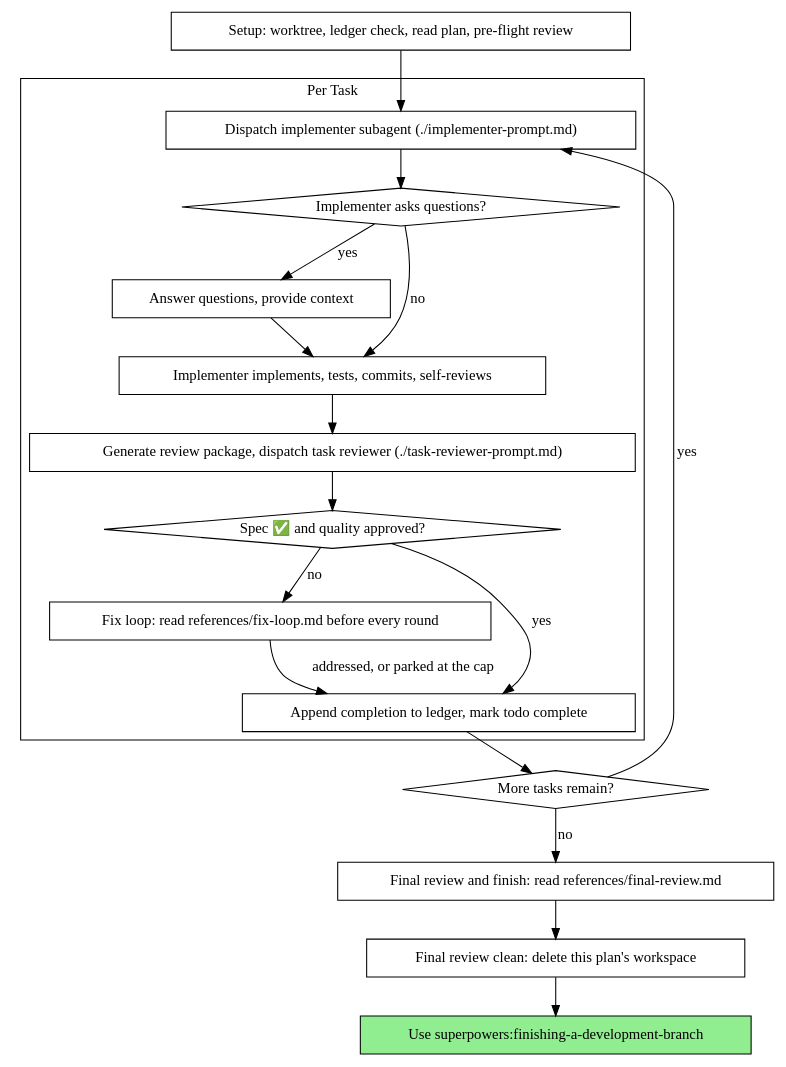
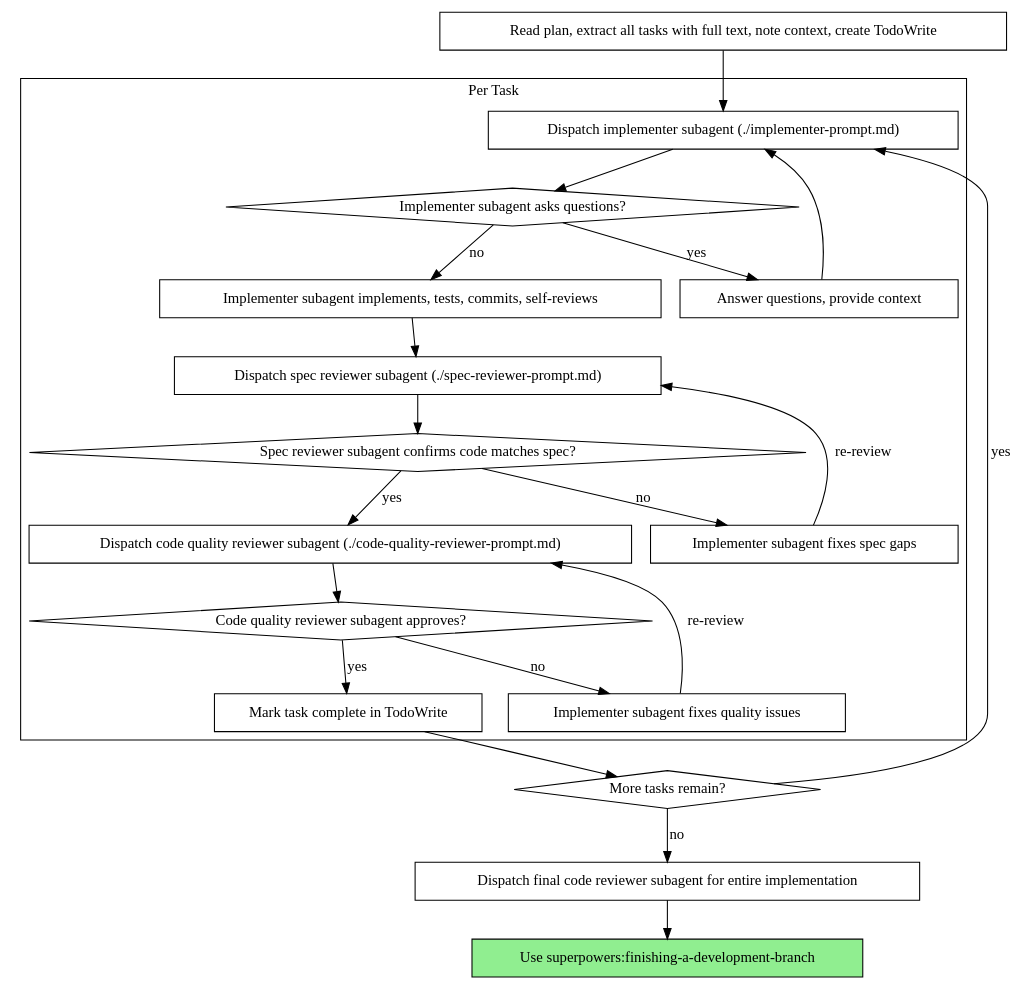
Before and after one commit to SeaXen/agentskills: the second of 2 diagrams in skills/subagent-driven-development/SKILL.md, drawn with Graphviz. The commit also changed other lines of this file and 135130 other files, not shown here.

````diff
--- a/skills/subagent-driven-development/SKILL.md
+++ b/skills/subagent-driven-development/SKILL.md
@@ -62,39 +46,44 @@
 ```dot
 digraph process {
     rankdir=TB;
 
     subgraph cluster_per_task {
         label="Per Task";
         "Dispatch implementer subagent (./implementer-prompt.md)" [shape=box];
-        "Implementer asks questions?" [shape=diamond];
+        "Implementer subagent asks questions?" [shape=diamond];
         "Answer questions, provide context" [shape=box];
-        "Implementer implements, tests, commits, self-reviews" [shape=box];
-        "Generate review package, dispatch task reviewer (./task-reviewer-prompt.md)" [shape=box];
-        "Spec ✅ and quality approved?" [shape=diamond];
-        "Fix loop: read references/fix-loop.md before every round" [shape=box];
-        "Append completion to ledger, mark todo complete" [shape=box];
+        "Implementer subagent implements, tests, commits, self-reviews" [shape=box];
+        "Dispatch spec reviewer subagent (./spec-reviewer-prompt.md)" [shape=box];
+        "Spec reviewer subagent confirms code matches spec?" [shape=diamond];
+        "Implementer subagent fixes spec gaps" [shape=box];
+        "Dispatch code quality reviewer subagent (./code-quality-reviewer-prompt.md)" [shape=box];
+        "Code quality reviewer subagent approves?" [shape=diamond];
+        "Implementer subagent fixes quality issues" [shape=box];
+        "Mark task complete in TodoWrite" [shape=box];
     }
 
-    "Setup: worktree, ledger check, read plan, pre-flight review" [shape=box];
+    "Read plan, extract all tasks with full text, note context, create TodoWrite" [shape=box];
     "More tasks remain?" [shape=diamond];
-    "Final review and finish: read references/final-review.md" [shape=box];
-    "Final review clean: delete this plan's workspace" [shape=box];
+    "Dispatch final code reviewer subagent for entire implementation" [shape=box];
     "Use superpowers:finishing-a-development-branch" [shape=box style=filled fillcolor=lightgreen];
 
-    "Setup: worktree, ledger check, read plan, pre-flight review" -> "Dispatch implementer subagent (./implementer-prompt.md)";
-    "Dispatch implementer subagent (./implementer-prompt.md)" -> "Implementer asks questions?";
-    "Implementer asks questions?" -> "Answer questions, provide context" [label="yes"];
-    "Answer questions, provide context" -> "Implementer implements, tests, commits, self-reviews";
-    "Implementer asks questions?" -> "Implementer implements, tests, commits, self-reviews" [label="no"];
-    "Implementer implements, tests, commits, self-reviews" -> "Generate review package, dispatch task reviewer (./task-reviewer-prompt.md)";
-    "Generate review package, dispatch task reviewer (./task-reviewer-prompt.md)" -> "Spec ✅ and quality approved?";
-    "Spec ✅ and quality approved?" -> "Append completion to ledger, mark todo complete" [label="yes"];
-    "Spec ✅ and quality approved?" -> "Fix loop: read references/fix-loop.md before every round" [label="no"];
-    "Fix loop: read references/fix-loop.md before every round" -> "Append completion to ledger, mark todo complete" [label="addressed, or parked at the cap"];
-    "Append completion to ledger, mark todo complete" -> "More tasks remain?";
+    "Read plan, extract all tasks with full text, note context, create TodoWrite" -> "Dispatch implementer subagent (./implementer-prompt.md)";
+    "Dispatch implementer subagent (./implementer-prompt.md)" -> "Implementer subagent asks questions?";
+    "Implementer subagent asks questions?" -> "Answer questions, provide context" [label="yes"];
+    "Answer questions, provide context" -> "Dispatch implementer subagent (./implementer-prompt.md)";
+    "Implementer subagent asks questions?" -> "Implementer subagent implements, tests, commits, self-reviews" [label="no"];
+    "Implementer subagent implements, tests, commits, self-reviews" -> "Dispatch spec reviewer subagent (./spec-reviewer-prompt.md)";
+    "Dispatch spec reviewer subagent (./spec-reviewer-prompt.md)" -> "Spec reviewer subagent confirms code matches spec?";
+    "Spec reviewer subagent confirms code matches spec?" -> "Implementer subagent fixes spec gaps" [label="no"];
+    "Implementer subagent fixes spec gaps" -> "Dispatch spec reviewer subagent (./spec-reviewer-prompt.md)" [label="re-review"];
+    "Spec reviewer subagent confirms code matches spec?" -> "Dispatch code quality reviewer subagent (./code-quality-reviewer-prompt.md)" [label="yes"];
+    "Dispatch code quality reviewer subagent (./code-quality-reviewer-prompt.md)" -> "Code quality reviewer subagent approves?";
+    "Code quality reviewer subagent approves?" -> "Implementer subagent fixes quality issues" [label="no"];
+    "Implementer subagent fixes quality issues" -> "Dispatch code quality reviewer subagent (./code-quality-reviewer-prompt.md)" [label="re-review"];
+    "Code quality reviewer subagent approves?" -> "Mark task complete in TodoWrite" [label="yes"];
+    "Mark task complete in TodoWrite" -> "More tasks remain?";
     "More tasks remain?" -> "Dispatch implementer subagent (./implementer-prompt.md)" [label="yes"];
-    "More tasks remain?" -> "Final review and finish: read references/final-review.md" [label="no"];
-    "Final review and finish: read references/final-review.md" -> "Final review clean: delete this plan's workspace";
-    "Final review clean: delete this plan's workspace" -> "Use superpowers:finishing-a-development-branch";
+    "More tasks remain?" -> "Dispatch final code reviewer subagent for entire implementation" [label="no"];
+    "Dispatch final code reviewer subagent for entire implementation" -> "Use superpowers:finishing-a-development-branch";
 }
 ```
````
